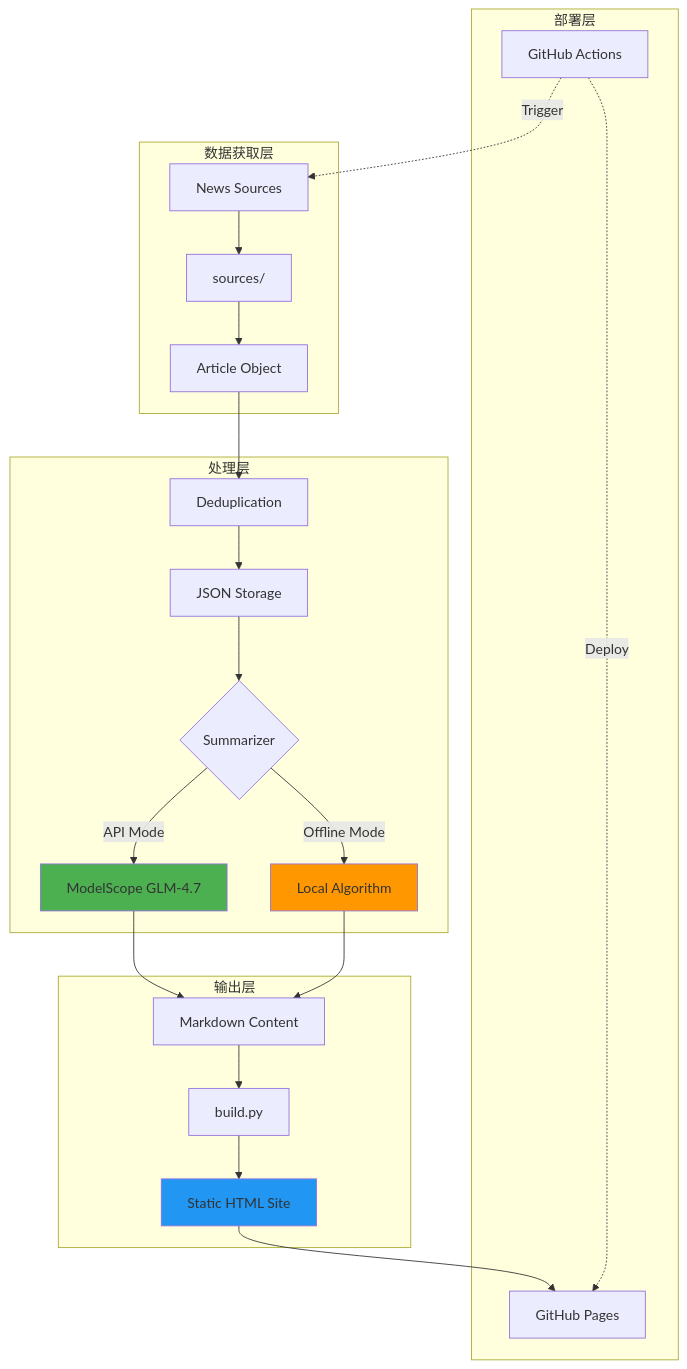
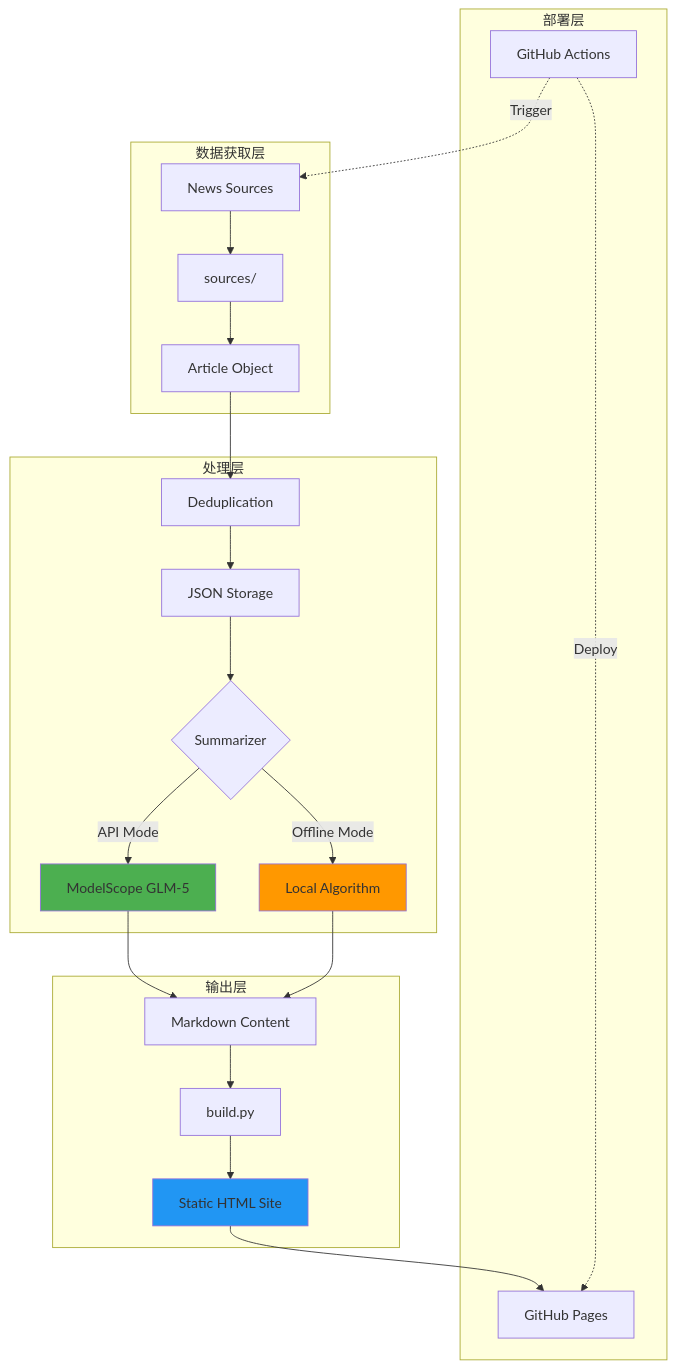
Before and after one commit to Carl-312/daily-report-site: the first of 2 diagrams in ARCHITECTURE.md, drawn with Mermaid. The commit also changed other lines of this file and 8 other files, not shown here.

Commit message:
Switch ModelScope default model from GLM-4.7 to GLM-5

````diff
--- a/ARCHITECTURE.md
+++ b/ARCHITECTURE.md
@@ -9,32 +9,32 @@
 ```mermaid
 graph TB
     subgraph "数据获取层"
         A[News Sources] --> B[sources/]
         B --> C[Article Object]
     end
     
     subgraph "处理层"
         C --> D[Deduplication]
         D --> E[JSON Storage]
         E --> F{Summarizer}
-        F -->|API Mode| G[ModelScope GLM-4.7]
+        F -->|API Mode| G[ModelScope GLM-5]
         F -->|Offline Mode| H[Local Algorithm]
     end
     
     subgraph "输出层"
         G --> I[Markdown Content]
         H --> I
         I --> J[build.py]
         J --> K[Static HTML Site]
     end
     
     subgraph "部署层"
         K --> L[GitHub Pages]
         M[GitHub Actions] -.->|Trigger| A
         M -.->|Deploy| L
     end
     
     style G fill:#4CAF50
     style H fill:#FF9800
     style K fill:#2196F3
 ```
````
